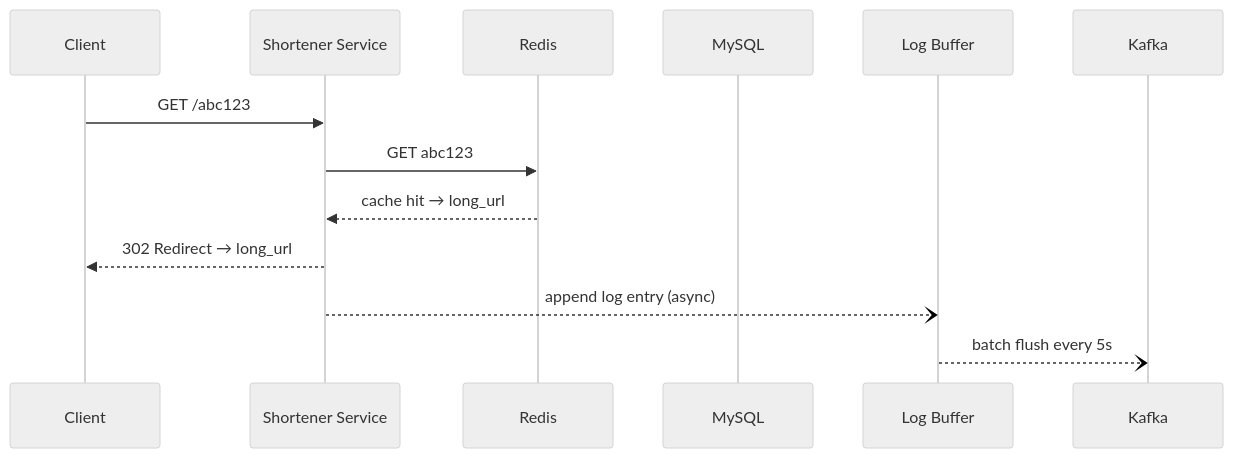
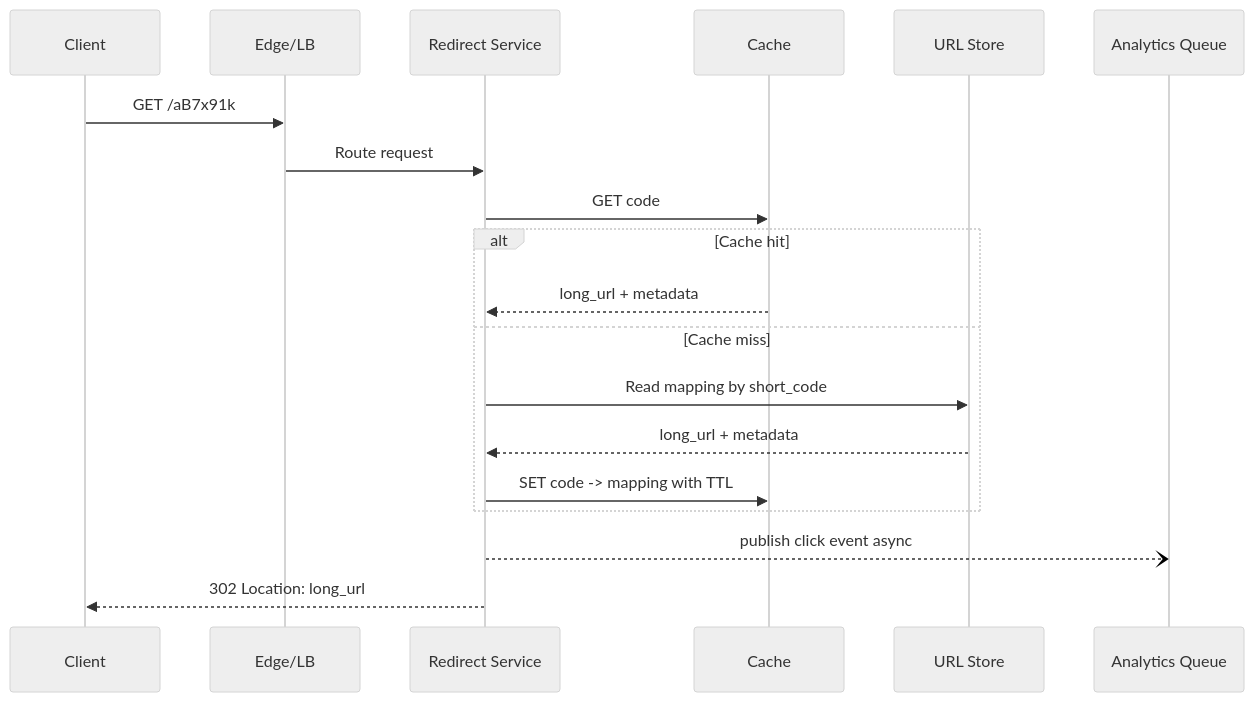
The third of 4 diagrams in docs/sysdesign/app/url_shortner.md (samperay/wiki), drawn with Mermaid (neutral theme) before and after one commit. The commit also changed other lines of this file, not shown here.

Commit message:
updated system design for url_shortner

````diff
--- a/docs/sysdesign/app/url_shortner.md
+++ b/docs/sysdesign/app/url_shortner.md
@@ -176,16 +359,22 @@
 ```mermaid
 sequenceDiagram
     participant C as Client
-    participant S as Shortener Service
-    participant R as Redis
-    participant DB as MySQL
-    participant BUF as Log Buffer
-    participant K as Kafka
+    participant E as Edge/LB
+    participant S as Redirect Service
+    participant R as Cache
+    participant DB as URL Store
+    participant Q as Analytics Queue
 
-    C->>S: GET /abc123
-    S->>R: GET abc123
-    R-->>S: cache hit → long_url
-    S-->>C: 302 Redirect → long_url
-    S--)BUF: append log entry (async)
-    BUF--)K: batch flush every 5s
+    C->>E: GET /aB7x91k
+    E->>S: Route request
+    S->>R: GET code
+    alt Cache hit
+        R-->>S: long_url + metadata
+    else Cache miss
+        S->>DB: Read mapping by short_code
+        DB-->>S: long_url + metadata
+        S->>R: SET code -> mapping with TTL
+    end
+    S--)Q: publish click event async
+    S-->>C: 302 Location: long_url
 ```
````
